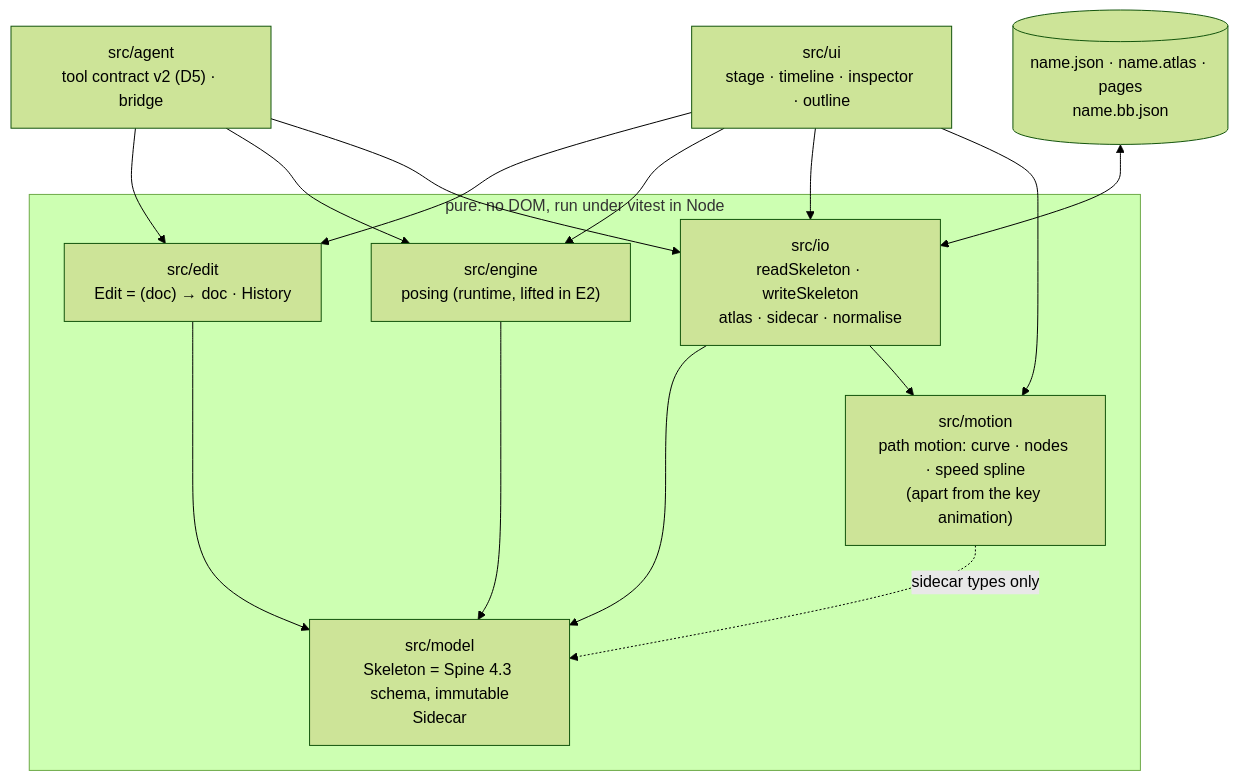
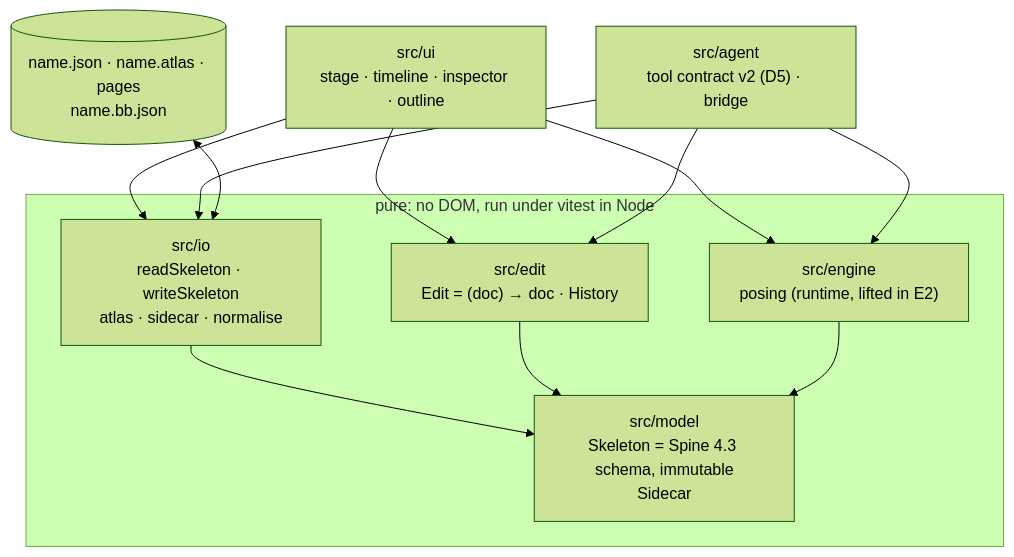
Before and after one commit to 12pnp/M0-Animation-2D: the first of 2 diagrams in Editor-BoneBurst-Src/docs/SPEC.md, drawn with Mermaid (forest theme). The commit also changed other lines of this file and 67 other files, not shown here.

First line of the commit message:
BoneBurst Editor v2: TwinSpline removed from the editor; FramePath is the Motion Path panel's one mode; a sidecar's old paths are dropped on read (Editor-BoneBurst-Src)

````diff
--- a/Editor-BoneBurst-Src/docs/SPEC.md
+++ b/Editor-BoneBurst-Src/docs/SPEC.md
@@ -14,20 +14,17 @@
 ```mermaid
 flowchart TB
     subgraph PURE["pure: no DOM, run under vitest in Node"]
         MODEL["src/model<br/>Skeleton = Spine 4.3 schema, immutable<br/>Sidecar"]
         EDIT["src/edit<br/>Edit = (doc) → doc · History"]
         IO["src/io<br/>readSkeleton · writeSkeleton<br/>atlas · sidecar · normalise"]
         ENGINE["src/engine<br/>posing (runtime, lifted in E2)"]
-        MOTION["src/motion<br/>path motion: curve · nodes · speed spline<br/>(apart from the key animation)"]
     end
     UI["src/ui<br/>stage · timeline · inspector · outline"]
     AGENT["src/agent<br/>tool contract v2 (D5) · bridge"]
     IO --> MODEL
     EDIT --> MODEL
     ENGINE --> MODEL
-    MOTION -.->|"sidecar types only"| MODEL
-    IO --> MOTION
-    UI --> EDIT & ENGINE & IO & MOTION
+    UI --> EDIT & ENGINE & IO
     AGENT --> EDIT & ENGINE & IO
     FILE[("name.json · name.atlas · pages<br/>name.bb.json")] <--> IO
 ```
````
